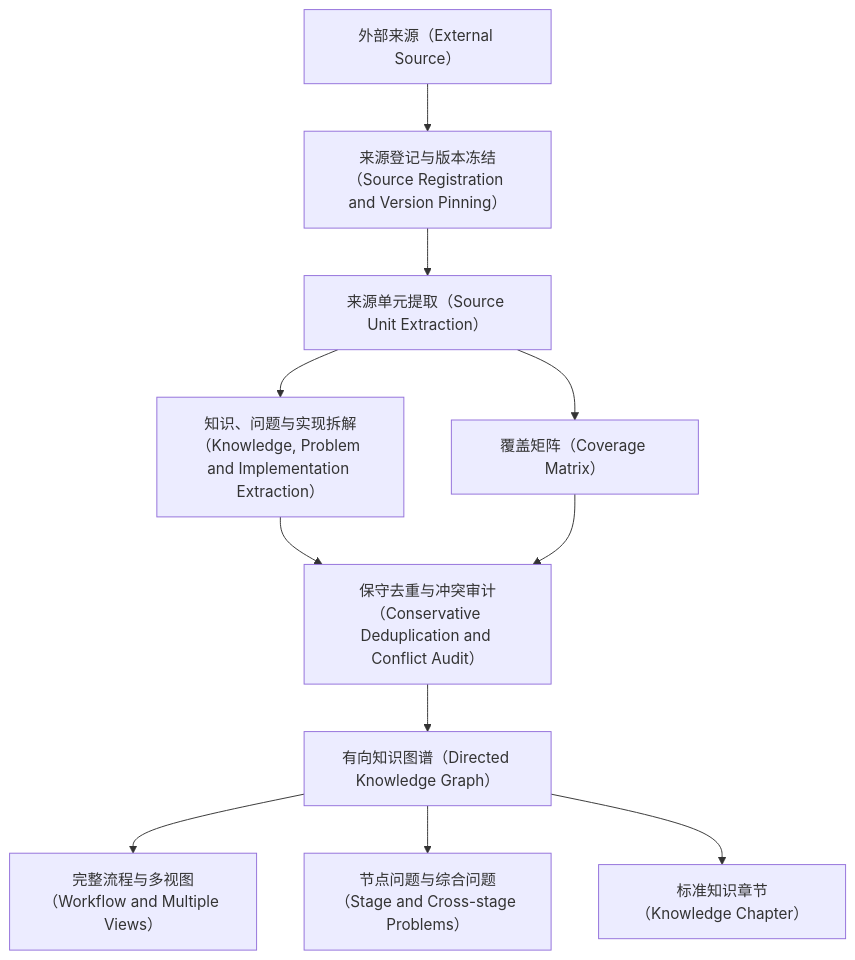
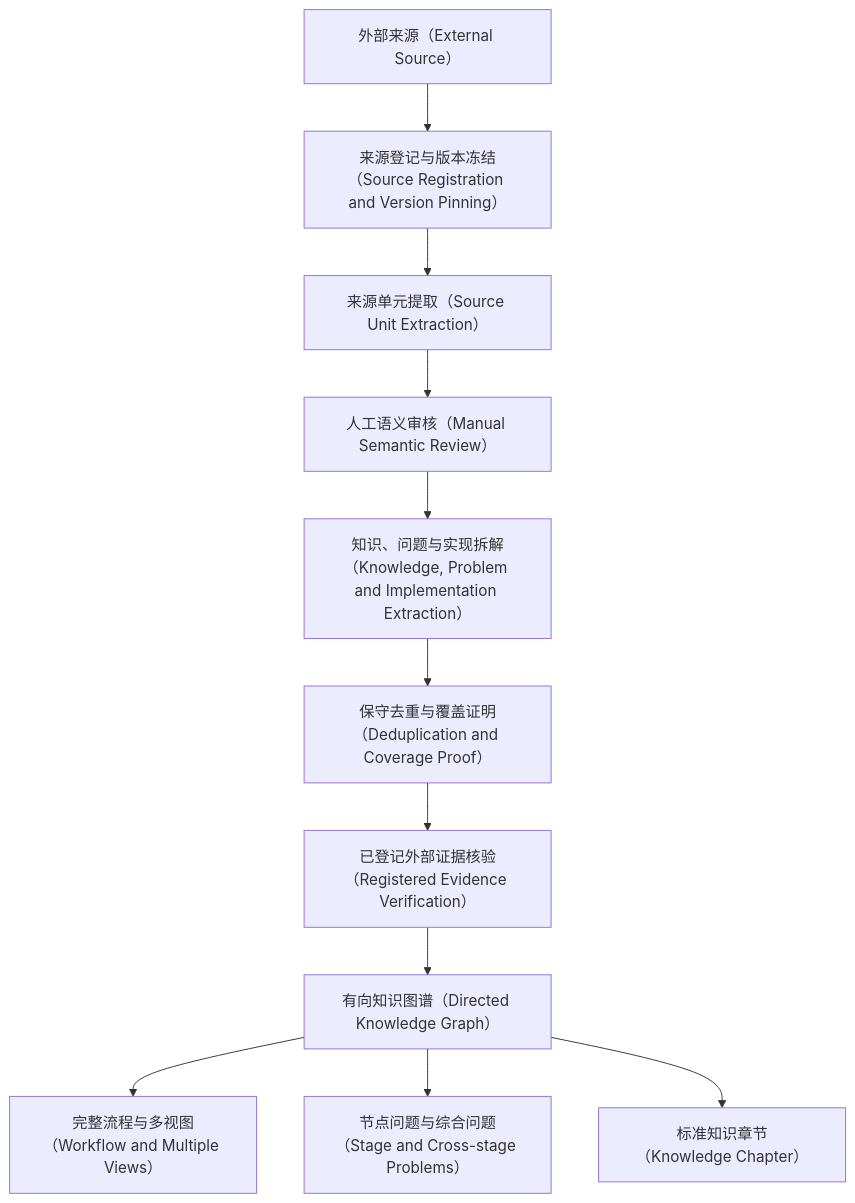
Before and after one commit to SodaWWater/AI-Learn: the diagram in README.md, drawn with Mermaid. The commit also changed other lines of this file and 12 other files, not shown here.

````diff
--- a/README.md
+++ b/README.md
@@ -30,13 +32,13 @@
 ```mermaid
 flowchart TD
     A["外部来源（External Source）"] --> B["来源登记与版本冻结（Source Registration and Version Pinning）"]
     B --> C["来源单元提取（Source Unit Extraction）"]
-    C --> D["知识、问题与实现拆解（Knowledge, Problem and Implementation Extraction）"]
-    D --> E["保守去重与冲突审计（Conservative Deduplication and Conflict Audit）"]
-    E --> F["有向知识图谱（Directed Knowledge Graph）"]
-    F --> G["完整流程与多视图（Workflow and Multiple Views）"]
-    F --> H["节点问题与综合问题（Stage and Cross-stage Problems）"]
-    F --> I["标准知识章节（Knowledge Chapter）"]
-    C --> J["覆盖矩阵（Coverage Matrix）"]
-    J --> E
+    C --> D["人工语义审核（Manual Semantic Review）"]
+    D --> E["知识、问题与实现拆解（Knowledge, Problem and Implementation Extraction）"]
+    E --> F["保守去重与覆盖证明（Deduplication and Coverage Proof）"]
+    F --> K["已登记外部证据核验（Registered Evidence Verification）"]
+    K --> L["有向知识图谱（Directed Knowledge Graph）"]
+    L --> G["完整流程与多视图（Workflow and Multiple Views）"]
+    L --> H["节点问题与综合问题（Stage and Cross-stage Problems）"]
+    L --> I["标准知识章节（Knowledge Chapter）"]
 ```
````
